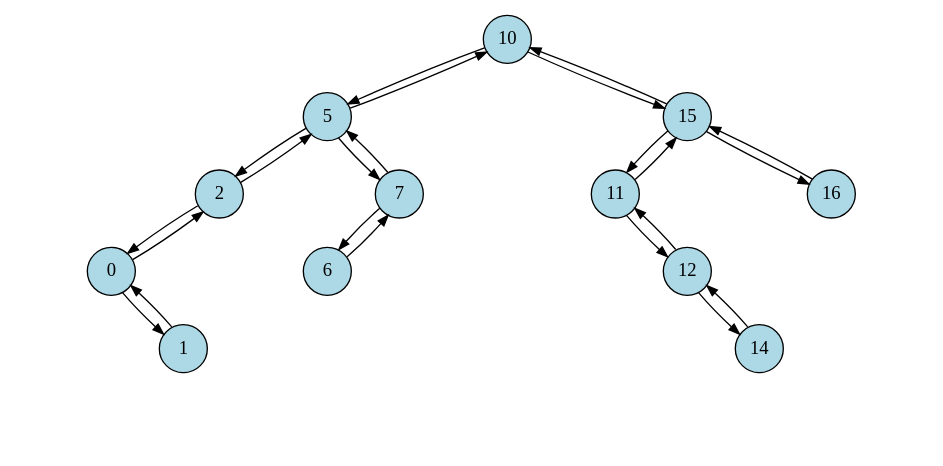
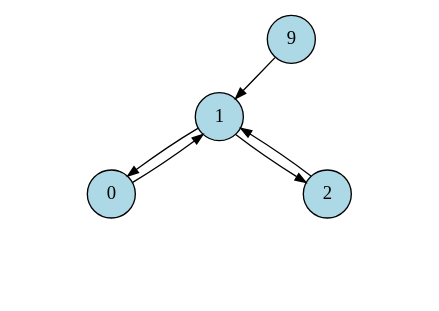
Before and after one commit to mahlen007/oopython: the diagram in kmom07/tree/tree.dot, drawn with Graphviz. The commit also changed 75 other files, not shown here.

```diff
--- a/kmom07/tree/tree.dot
+++ b/kmom07/tree/tree.dot
@@ -16,306 +16,103 @@
   color=black
 ];
 
-140372712997392 [
-  label="10"
+140643253731824 [
+  label="9"
 ];
-140372712997232 [
-  label="5"
+140643253731568 [
+  label="1"
 ];
-140372712997136 [
-  label="2"
-];
-140372712997072 [
+140643253731536 [
   label="0"
 ];
-140372708213040 [
+140643249074352 [
   label="i1"
   style="invis"
 ];
-140372708213424 [
+140643249078192 [
   label="i2"
   style="invis"
 ];
-140372712997104 [
-  label="1"
-];
-140372708214000 [
+140643249074032 [
   label="i3"
   style="invis"
 ];
-140372708214384 [
+140643249073200 [
   label="i4"
   style="invis"
 ];
-140372708214704 [
+140643253731600 [
+  label="2"
+];
+140643249076592 [
   label="i5"
   style="invis"
 ];
-140372708215152 [
+140643249075120 [
   label="i6"
   style="invis"
 ];
-140372708215536 [
+140643249076656 [
   label="i7"
   style="invis"
 ];
-140372708215920 [
+140643249068720 [
   label="i8"
   style="invis"
 ];
-140372712997296 [
-  label="7"
-];
-140372712997264 [
-  label="6"
-];
-140372708216752 [
+140643249073520 [
   label="i9"
   style="invis"
 ];
-140372708217136 [
-  label="i10"
-  style="invis"
-];
-140372708217456 [
-  label="i11"
-  style="invis"
-];
-140372708217840 [
-  label="i12"
-  style="invis"
-];
-140372708218224 [
-  label="i13"
-  style="invis"
-];
-140372708218736 [
-  label="i14"
-  style="invis"
-];
-140372712997552 [
-  label="15"
-];
-140372712997424 [
-  label="11"
-];
-140372708219568 [
-  label="i15"
-  style="invis"
-];
-140372708219952 [
-  label="i16"
-  style="invis"
-];
-140372712997456 [
-  label="12"
-];
-140372708220464 [
-  label="i17"
-  style="invis"
-];
-140372708220848 [
-  label="i18"
-  style="invis"
-];
-140372712997520 [
-  label="14"
-];
-140372708221360 [
-  label="i19"
-  style="invis"
-];
-140372708221744 [
-  label="i20"
-  style="invis"
-];
-140372708222064 [
-  label="i21"
-  style="invis"
-];
-140372708222704 [
-  label="i22"
-  style="invis"
-];
-140372712997584 [
-  label="16"
-];
-140372708223280 [
-  label="i23"
-  style="invis"
-];
-140372708223664 [
-  label="i24"
-  style="invis"
-];
-140372708223984 [
-  label="i25"
-  style="invis"
-];
-140372712997232 -> 140372712997392 [
+140643253731536 -> 140643253731568 [
 
 ];
-140372712997136 -> 140372712997232 [
-
-];
-140372712997072 -> 140372712997136 [
-
-];
-140372712997072 -> 140372708213040 [
+140643253731536 -> 140643249074352 [
   style="invis"
   weight="5"
 ];
-140372712997072 -> 140372708213424 [
+140643253731536 -> 140643249078192 [
   style="invis"
   weight="5"
 ];
-140372712997104 -> 140372712997072 [
-
-];
-140372712997104 -> 140372708214000 [
+140643253731536 -> 140643249074032 [
   style="invis"
   weight="5"
 ];
-140372712997104 -> 140372708214384 [
+140643253731568 -> 140643253731536 [
+
+];
+140643253731568 -> 140643249073200 [
   style="invis"
   weight="5"
 ];
-140372712997104 -> 140372708214704 [
+140643253731600 -> 140643253731568 [
+
+];
+140643253731600 -> 140643249076592 [
   style="invis"
   weight="5"
 ];
-140372712997072 -> 140372712997104 [
-
-];
-140372712997136 -> 140372712997072 [
-
-];
-140372712997136 -> 140372708215152 [
+140643253731600 -> 140643249075120 [
   style="invis"
   weight="5"
 ];
-140372712997136 -> 140372708215536 [
+140643253731600 -> 140643249076656 [
   style="invis"
   weight="5"
 ];
-140372712997232 -> 140372712997136 [
+140643253731568 -> 140643253731600 [
 
 ];
-140372712997232 -> 140372708215920 [
+140643253731824 -> 140643253731568 [
+
+];
+140643253731824 -> 140643249068720 [
   style="invis"
   weight="5"
 ];
-140372712997296 -> 140372712997232 [
-
-];
-140372712997264 -> 140372712997296 [
-
-];
-140372712997264 -> 140372708216752 [
+140643253731824 -> 140643249073520 [
   style="invis"
   weight="5"
 ];
-140372712997264 -> 140372708217136 [
-  style="invis"
-  weight="5"
-];
-140372712997264 -> 140372708217456 [
-  style="invis"
-  weight="5"
-];
-140372712997296 -> 140372712997264 [
-
-];
-140372712997296 -> 140372708217840 [
-  style="invis"
-  weight="5"
-];
-140372712997296 -> 140372708218224 [
-  style="invis"
-  weight="5"
-];
-140372712997232 -> 140372712997296 [
-
-];
-140372712997392 -> 140372712997232 [
-
-];
-140372712997392 -> 140372708218736 [
-  style="invis"
-  weight="5"
-];
-140372712997552 -> 140372712997392 [
-
-];
-140372712997424 -> 140372712997552 [
-
-];
-140372712997424 -> 140372708219568 [
-  style="invis"
-  weight="5"
-];
-140372712997424 -> 140372708219952 [
-  style="invis"
-  weight="5"
-];
-140372712997456 -> 140372712997424 [
-
-];
-140372712997456 -> 140372708220464 [
-  style="invis"
-  weight="5"
-];
-140372712997456 -> 140372708220848 [
-  style="invis"
-  weight="5"
-];
-140372712997520 -> 140372712997456 [
-
-];
-140372712997520 -> 140372708221360 [
-  style="invis"
-  weight="5"
-];
-140372712997520 -> 140372708221744 [
-  style="invis"
-  weight="5"
-];
-140372712997520 -> 140372708222064 [
-  style="invis"
-  weight="5"
-];
-140372712997456 -> 140372712997520 [
-
-];
-140372712997424 -> 140372712997456 [
-
-];
-140372712997552 -> 140372712997424 [
-
-];
-140372712997552 -> 140372708222704 [
-  style="invis"
-  weight="5"
-];
-140372712997584 -> 140372712997552 [
-
-];
-140372712997584 -> 140372708223280 [
-  style="invis"
-  weight="5"
-];
-140372712997584 -> 140372708223664 [
-  style="invis"
-  weight="5"
-];
-140372712997584 -> 140372708223984 [
-  style="invis"
-  weight="5"
-];
-140372712997552 -> 140372712997584 [
-
-];
-140372712997392 -> 140372712997552 [
-
-];
 }
```
